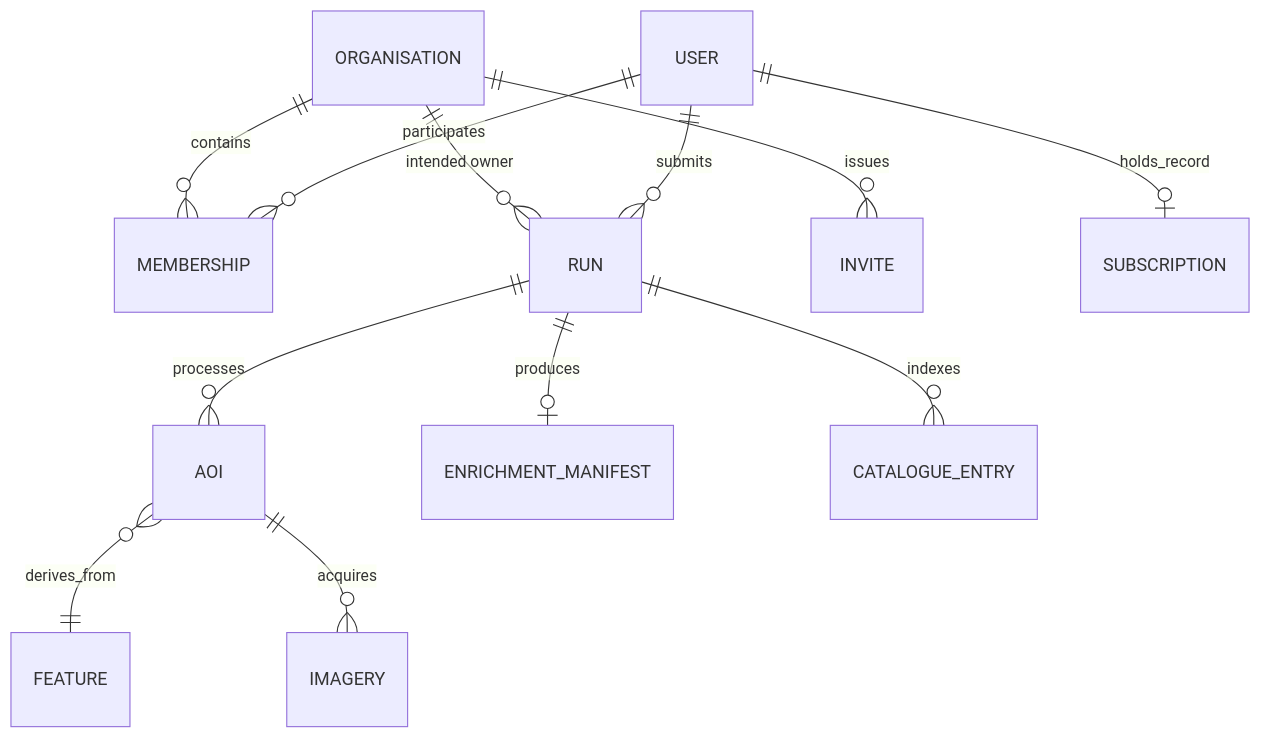
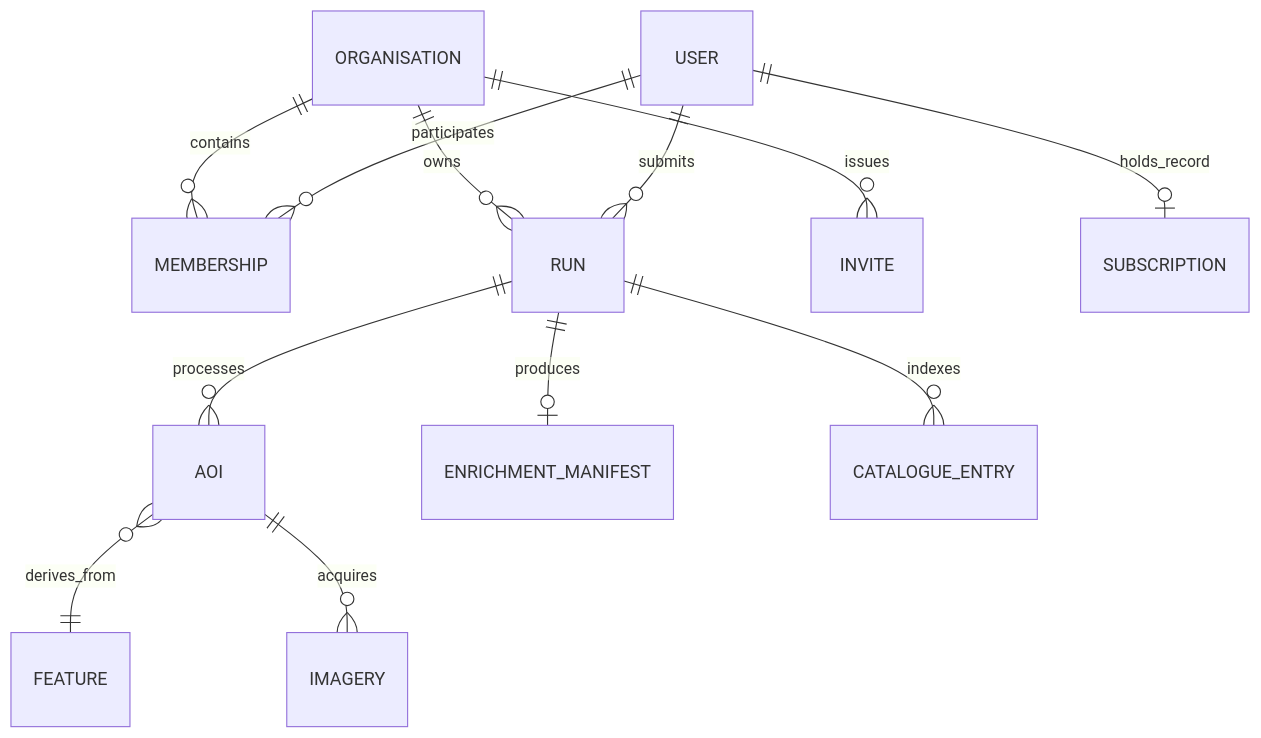
Before and after one commit to Hardcoreprawn/azure-workflow-for-kml-satellite: the diagram in docs/DATA_MODEL.md, drawn with Mermaid. The commit also changed other lines of this file and 25 other files, not shown here.

First line of the commit message:
Bind run history and review access to originating organisation (#1565)

````diff
--- a/docs/DATA_MODEL.md
+++ b/docs/DATA_MODEL.md
@@ -16,14 +16,14 @@
 ```mermaid
 erDiagram
     ORGANISATION ||--o{ MEMBERSHIP : contains
     USER ||--o{ MEMBERSHIP : participates
-    ORGANISATION ||--o{ RUN : "intended owner"
+    ORGANISATION ||--o{ RUN : owns
     USER ||--o{ RUN : submits
     RUN ||--o{ AOI : processes
     AOI }o--|| FEATURE : derives_from
     AOI ||--o{ IMAGERY : acquires
     RUN ||--o| ENRICHMENT_MANIFEST : produces
     RUN ||--o{ CATALOGUE_ENTRY : indexes
     ORGANISATION ||--o{ INVITE : issues
     USER ||--o| SUBSCRIPTION : holds_record
 ```
````
